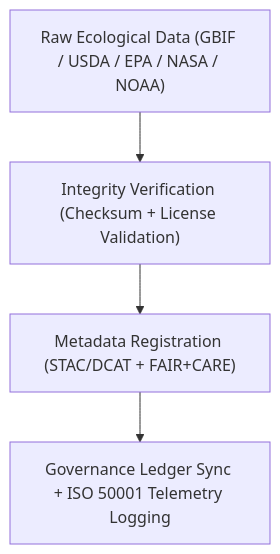
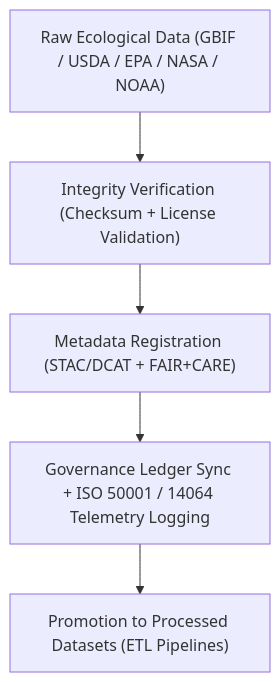
Before and after one commit to bartytime4life/Kansas-Frontier-Matrix: the diagram in docs/analyses/ecology/datasets/raw/README.md, drawn with Mermaid. The commit also changed other lines of this file, not shown here.

````diff
--- a/docs/analyses/ecology/datasets/raw/README.md
+++ b/docs/analyses/ecology/datasets/raw/README.md
@@ -76,6 +172,7 @@
 ```mermaid
 flowchart TD
   A["Raw Ecological Data (GBIF / USDA / EPA / NASA / NOAA)"] --> B["Integrity Verification (Checksum + License Validation)"]
   B --> C["Metadata Registration (STAC/DCAT + FAIR+CARE)"]
-  C --> D["Governance Ledger Sync + ISO 50001 Telemetry Logging"]
+  C --> D["Governance Ledger Sync + ISO 50001 / 14064 Telemetry Logging"]
+  D --> E["Promotion to Processed Datasets (ETL Pipelines)"]
 ```
````
